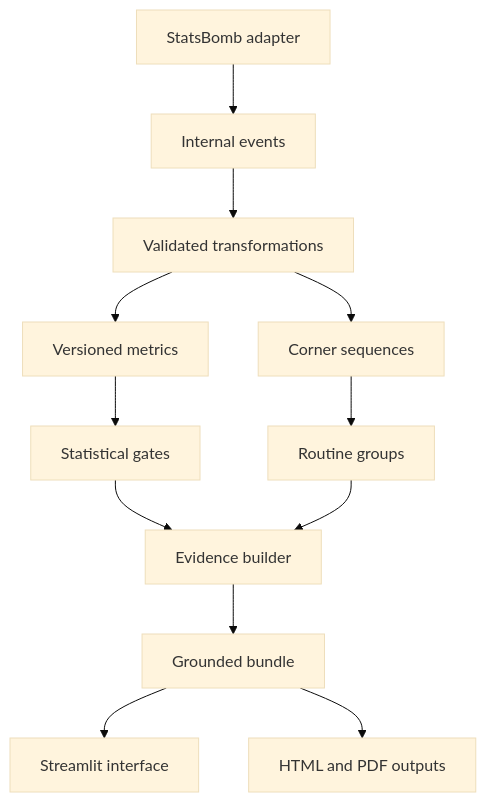
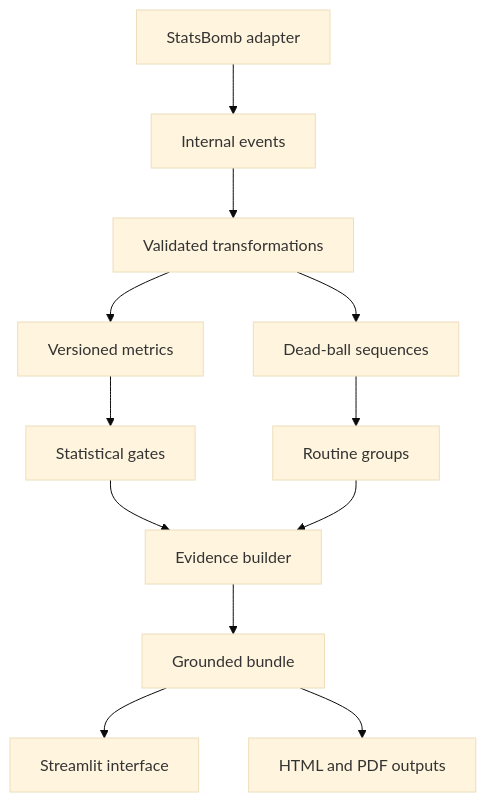
Before and after one commit to thestcasa/signalroom: the diagram in docs/ARCHITECTURE.md, drawn with Mermaid (base theme). The commit also changed other lines of this file and 28 other files, not shown here.

Commit message:
feat: extend SignalRoom into dead-ball intelligence workflow

````diff
--- a/docs/ARCHITECTURE.md
+++ b/docs/ARCHITECTURE.md
@@ -3,14 +3,14 @@
 ```mermaid
 flowchart TD
     A[StatsBomb adapter] --> B[Internal events]
     B --> C[Validated transformations]
     C --> D[Versioned metrics]
-    C --> E[Corner sequences]
+    C --> E[Dead-ball sequences]
     D --> F[Statistical gates]
     E --> G[Routine groups]
     F --> H[Evidence builder]
     G --> H
     H --> I[Grounded bundle]
     I --> J[Streamlit interface]
     I --> K[HTML and PDF outputs]
 ```
````
